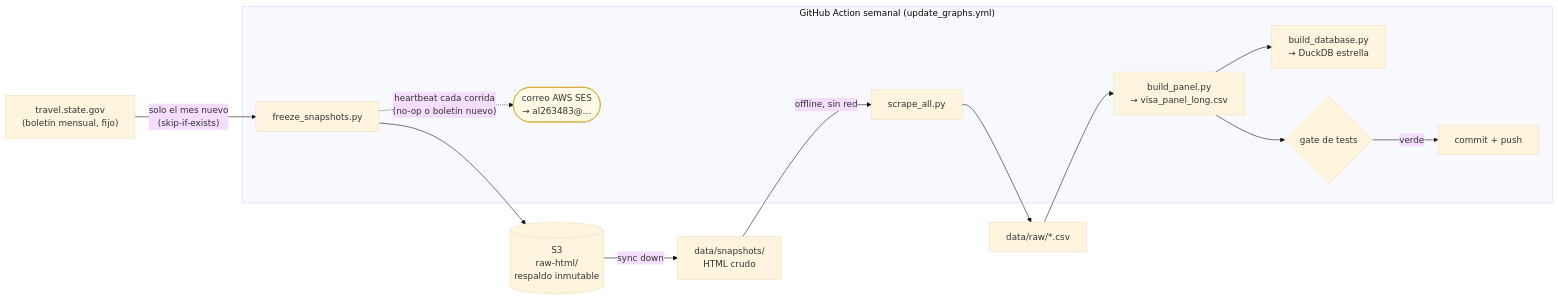
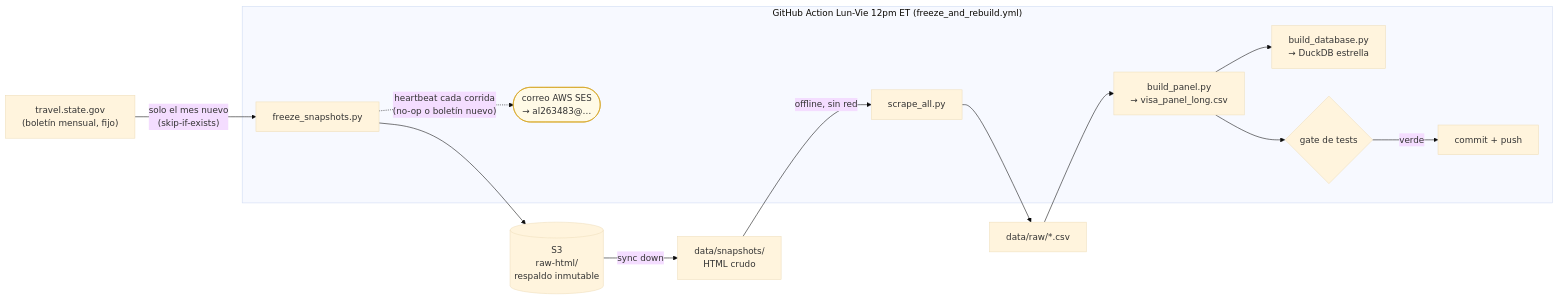
One commit to UACJ-MIAAD/VisaPredictAI changed the diagram in README.md. Above: the diagram before and after it, drawn with Mermaid (base theme). The commit also changed other lines of this file and 3 other files, not shown here.

First line of the commit message:
Rename update_graphs.yml -> freeze_and_rebuild.yml (it makes no graphs)

````diff
--- a/README.md
+++ b/README.md
@@ -68,24 +68,24 @@
 ```mermaid
 flowchart LR
     SRC["travel.state.gov<br/>(boletín mensual, fijo)"] -->|"solo el mes nuevo<br/>(skip-if-exists)"| FREEZE[freeze_snapshots.py]
     FREEZE --> S3[("S3<br/>raw-html/<br/>respaldo inmutable")]
     S3 -->|sync down| SNAP["data/snapshots/<br/>HTML crudo"]
     SNAP -->|offline, sin red| SCRAPE[scrape_all.py]
     SCRAPE --> CSV["data/raw/*.csv"]
     CSV --> PANEL["build_panel.py<br/>→ visa_panel_long.csv"]
     PANEL --> DB["build_database.py<br/>→ DuckDB estrella"]
     PANEL --> GATE{"gate de tests"}
     GATE -->|verde| COMMIT[commit + push]
     FREEZE -.->|"heartbeat cada corrida<br/>(no-op o boletín nuevo)"| SES(["correo AWS SES<br/>→ al263483@…"]):::mail
     classDef mail fill:#fffae6,stroke:#d4a017;
 
-    subgraph WF["GitHub Action semanal (update_graphs.yml)"]
+    subgraph WF["GitHub Action Lun-Vie 12pm ET (freeze_and_rebuild.yml)"]
         FREEZE
         SCRAPE
         PANEL
         DB
         GATE
         COMMIT
         SES
     end
 ```
````
